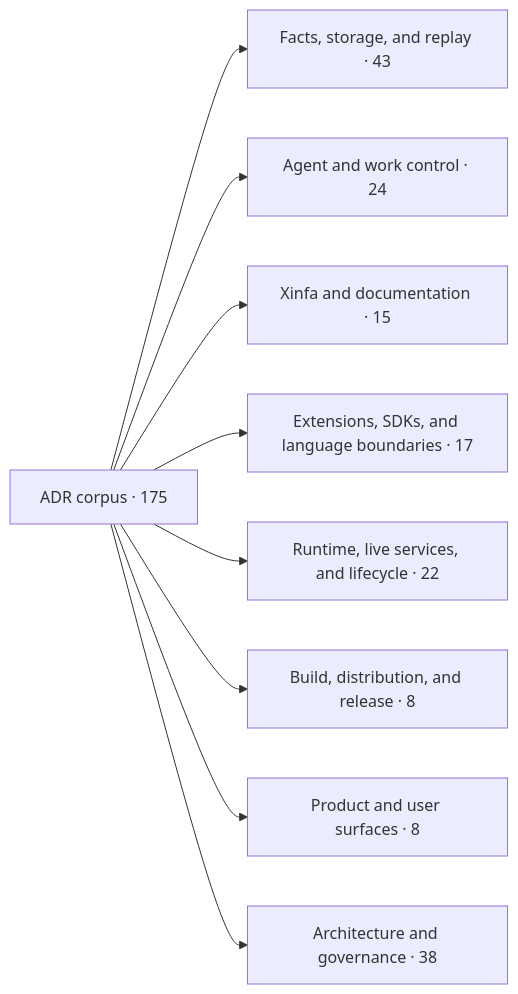
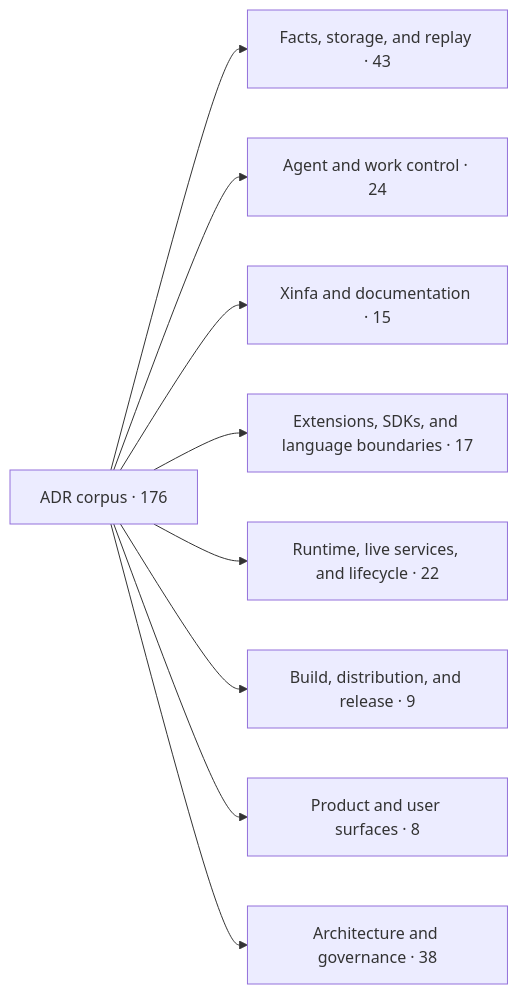
The first of 2 diagrams in docs/architecture/adr-map.md (PterX/kungfu), drawn with Mermaid before and after one commit. The commit also changed other lines of this file and 15 other files, not shown here.

````diff
--- a/docs/architecture/adr-map.md
+++ b/docs/architecture/adr-map.md
@@ -20,12 +20,12 @@
 ```mermaid
 flowchart LR
-  root["ADR corpus · 175"]
+  root["ADR corpus · 176"]
   root --> d0["Facts, storage, and replay · 43"]
   root --> d1["Agent and work control · 24"]
   root --> d2["Xinfa and documentation · 15"]
   root --> d3["Extensions, SDKs, and language boundaries · 17"]
   root --> d4["Runtime, live services, and lifecycle · 22"]
-  root --> d5["Build, distribution, and release · 8"]
+  root --> d5["Build, distribution, and release · 9"]
   root --> d6["Product and user surfaces · 8"]
   root --> d7["Architecture and governance · 38"]
 ```
````
